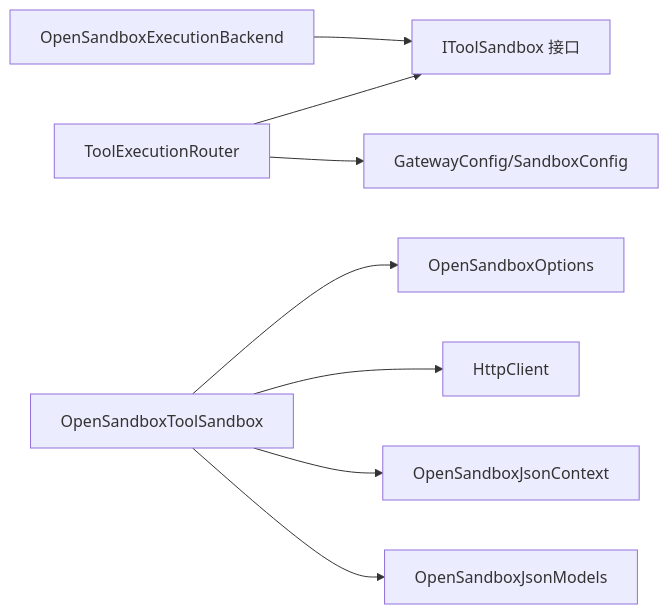
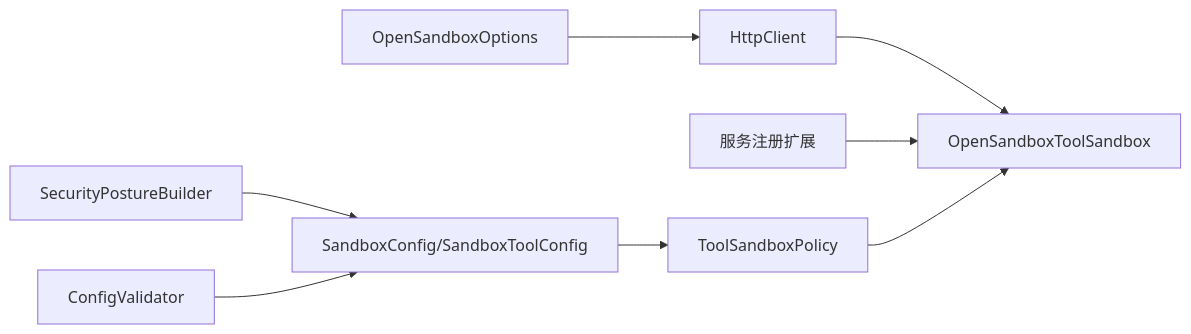
Before and after one commit to wayyet/kingcrab: the sixth of 6 diagrams in .qoder/repowiki/zh/content/工具系统/工具沙箱机制.md, drawn with Mermaid. The commit also changed other lines of this file and 431 other files, not shown here.

````diff
--- a/.qoder/repowiki/zh/content/工具系统/工具沙箱机制.md
+++ b/.qoder/repowiki/zh/content/工具系统/工具沙箱机制.md
@@ -331,10 +315,10 @@
 ```mermaid
 graph LR
-Router["ToolExecutionRouter"] --> IFace["IToolSandbox 接口"]
-Backend["OpenSandboxExecutionBackend"] --> IFace
-Sandbox["OpenSandboxToolSandbox"] --> Options["OpenSandboxOptions"]
-Sandbox --> HttpClient["HttpClient"]
-Sandbox --> JsonCtx["OpenSandboxJsonContext"]
-Sandbox --> Models["OpenSandboxJsonModels"]
-Router --> Cfg["GatewayConfig/SandboxConfig"]
+Options["OpenSandboxOptions"] --> HttpClient["HttpClient"]
+HttpClient --> Sandbox["OpenSandboxToolSandbox"]
+Ext["服务注册扩展"] --> Sandbox
+Config["SandboxConfig/SandboxToolConfig"] --> Policy["ToolSandboxPolicy"]
+Policy --> Sandbox
+Posture["SecurityPostureBuilder"] --> Config
+Validator["ConfigValidator"] --> Config
 ```
````
